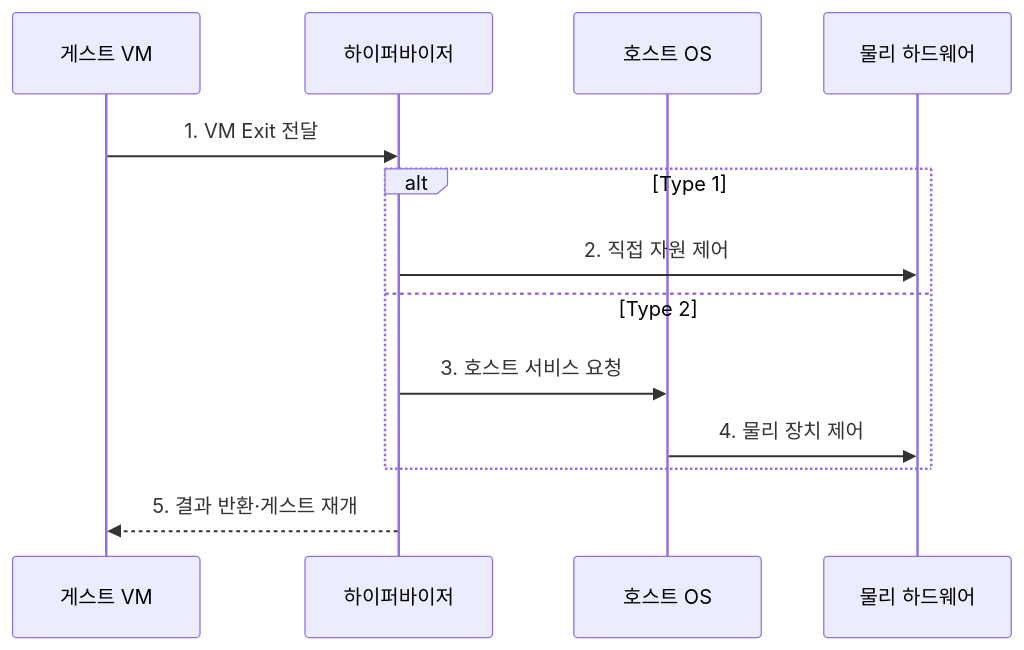
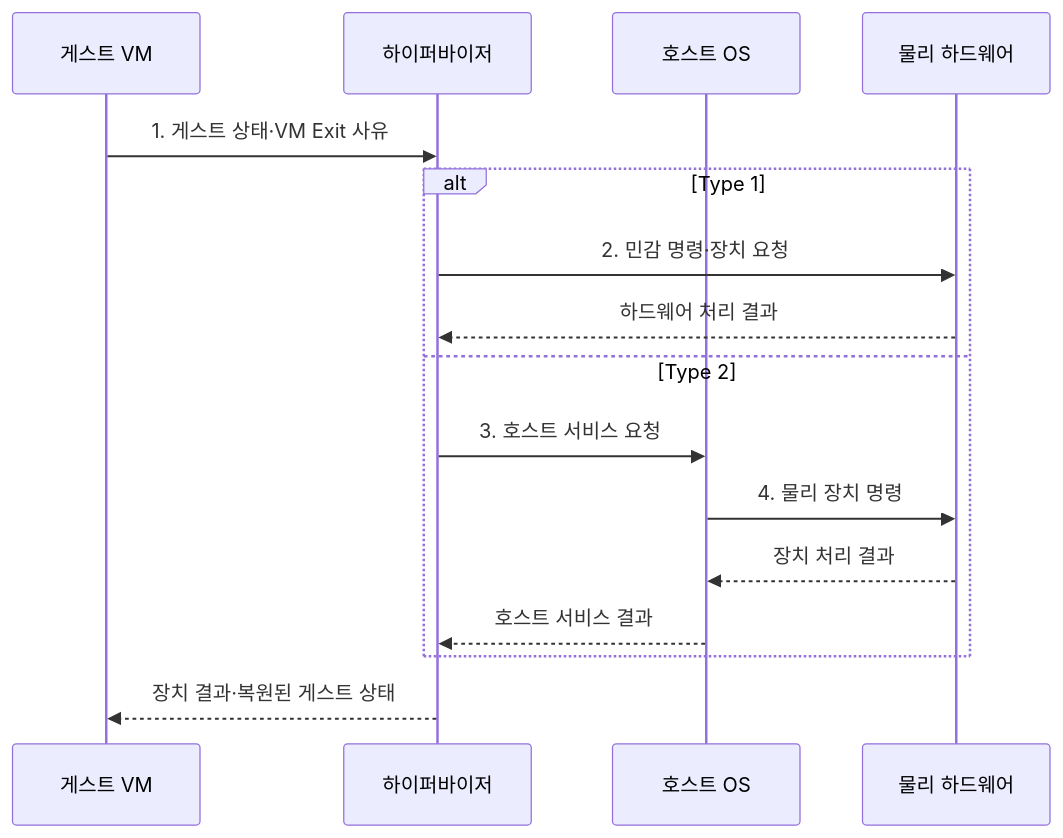
The second of 2 diagrams in src/content/docs/notes/03-software/018_virtualization_hypervisor.md (agnusdei1207/knowledge-base), drawn with Mermaid before and after one commit. The commit also changed other lines of this file and 20 other files, not shown here.

````diff
--- a/src/content/docs/notes/03-software/018_virtualization_hypervisor.md
+++ b/src/content/docs/notes/03-software/018_virtualization_hypervisor.md
@@ -95,15 +108,18 @@
 ```mermaid
 sequenceDiagram
     participant G as 게스트 VM
     participant H as 하이퍼바이저
     participant O as 호스트 OS
     participant P as 물리 하드웨어
-    G->>H: 1. VM Exit 전달
+    G->>H: 1. 게스트 상태·VM Exit 사유
     alt Type 1
-        H->>P: 2. 직접 자원 제어
+        H->>P: 2. 민감 명령·장치 요청
+        P-->>H: 하드웨어 처리 결과
     else Type 2
         H->>O: 3. 호스트 서비스 요청
-        O->>P: 4. 물리 장치 제어
+        O->>P: 4. 물리 장치 명령
+        P-->>O: 장치 처리 결과
+        O-->>H: 호스트 서비스 결과
     end
-    H-->>G: 5. 결과 반환·게스트 재개
+    H-->>G: 장치 결과·복원된 게스트 상태
 ```
````
